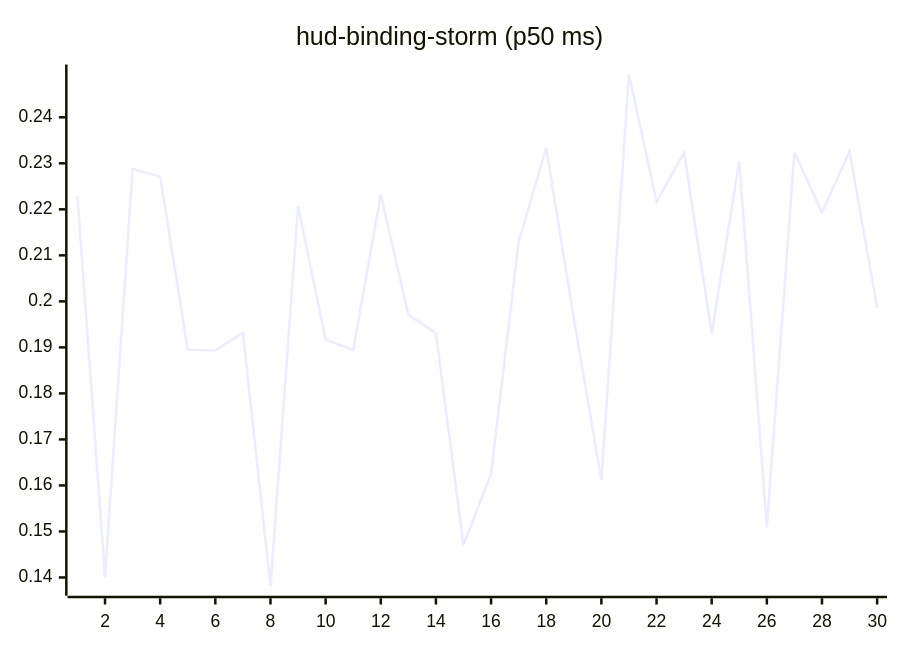
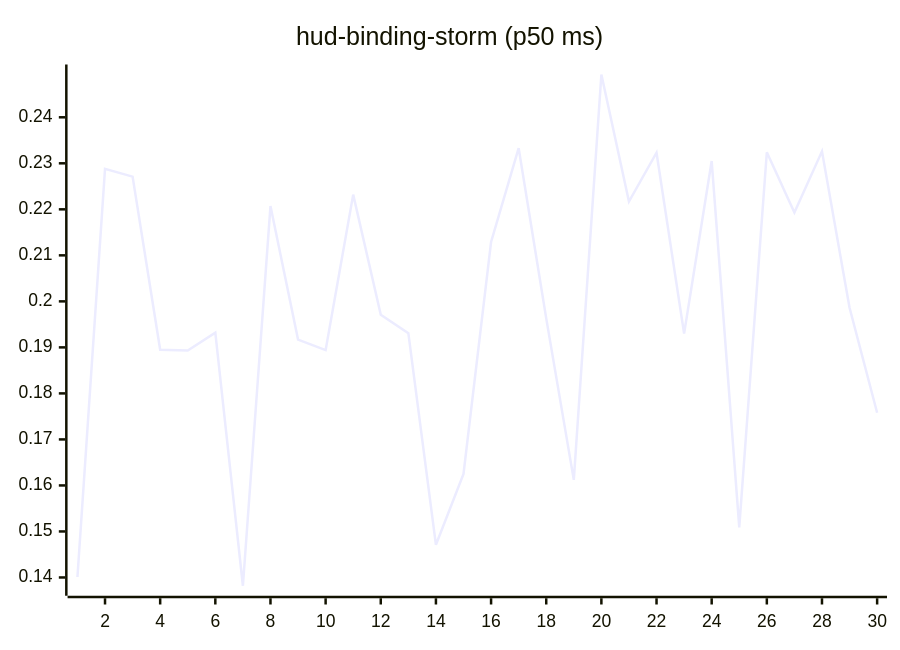
Before and after one commit to josha/Facet: the tenth of 27 diagrams in README.md, drawn with Mermaid. The commit also changed other lines of this file and 2 other files, not shown here.

````diff
--- a/README.md
+++ b/README.md
@@ -126,6 +126,6 @@
 ```mermaid
 xychart-beta
     title "hud-binding-storm (p50 ms)"
     x-axis 1 --> 30
-    line [0.2229, 0.1401, 0.2288, 0.2271, 0.1895, 0.1893, 0.1932, 0.1382, 0.2207, 0.1917, 0.1894, 0.2232, 0.1971, 0.1931, 0.1471, 0.1625, 0.2129, 0.2333, 0.1963, 0.1612, 0.2493, 0.2217, 0.2323, 0.1930, 0.2305, 0.1509, 0.2324, 0.2193, 0.2326, 0.1986]
+    line [0.1401, 0.2288, 0.2271, 0.1895, 0.1893, 0.1932, 0.1382, 0.2207, 0.1917, 0.1894, 0.2232, 0.1971, 0.1931, 0.1471, 0.1625, 0.2129, 0.2333, 0.1963, 0.1612, 0.2493, 0.2217, 0.2323, 0.1930, 0.2305, 0.1509, 0.2324, 0.2193, 0.2326, 0.1986, 0.1758]
 ```
````
